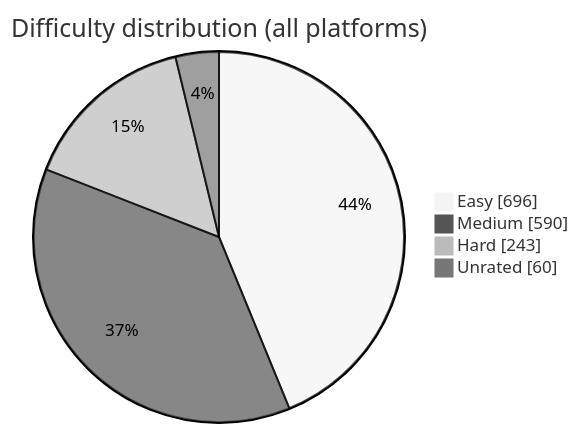
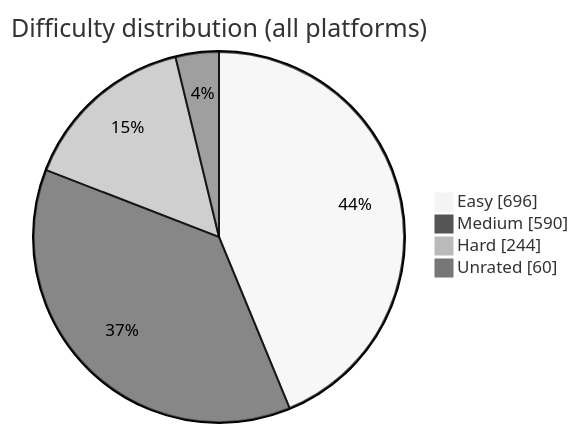
One commit to BuildbyArindam/Daily-Coding-Log changed the diagram in README.md. Above: the diagram before and after it, drawn with Mermaid (neutral theme). The commit also changed other lines of this file, not shown here.

````diff
--- a/README.md
+++ b/README.md
@@ -93,7 +93,7 @@
 ```mermaid
 pie showData title Difficulty distribution (all platforms)
     "Easy" : 696
     "Medium" : 590
-    "Hard" : 243
+    "Hard" : 244
     "Unrated" : 60
 ```
````
